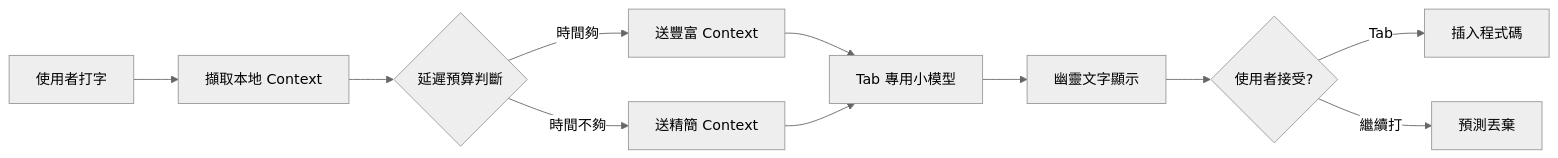
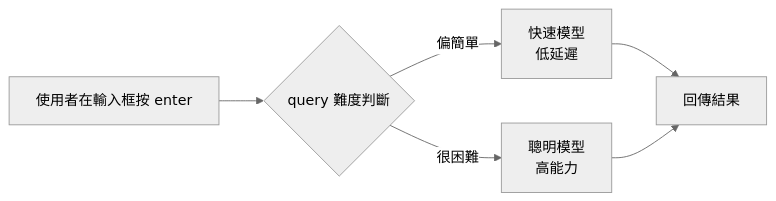
One commit to a920604a/engineernews changed the diagram in src/content/posts/tech/2026-05-13-lessons-from-building-cursor.md. Above: the diagram before and after it, drawn with Mermaid (neutral theme). The commit also changed other lines of this file and 468 other files, not shown here.

````diff
--- a/src/content/posts/tech/2026-05-13-lessons-from-building-cursor.md
+++ b/src/content/posts/tech/2026-05-13-lessons-from-building-cursor.md
@@ -60,13 +65,8 @@
 ```mermaid
 graph LR
-    A[使用者打字] --> B[擷取本地 Context]
-    B --> C{延遲預算判斷}
-    C -->|時間夠| D[送豐富 Context]
-    C -->|時間不夠| E[送精簡 Context]
-    D --> F[Tab 專用小模型]
-    E --> F
-    F --> G[幽靈文字顯示]
-    G --> H{使用者接受?}
-    H -->|Tab| I[插入程式碼]
-    H -->|繼續打| J[預測丟棄]
+    A[使用者在輸入框按 enter] --> B{query 難度判斷}
+    B -->|偏簡單| C[快速模型<br/>低延遲]
+    B -->|很困難| D[聰明模型<br/>高能力]
+    C --> E[回傳結果]
+    D --> E
 ```
````
